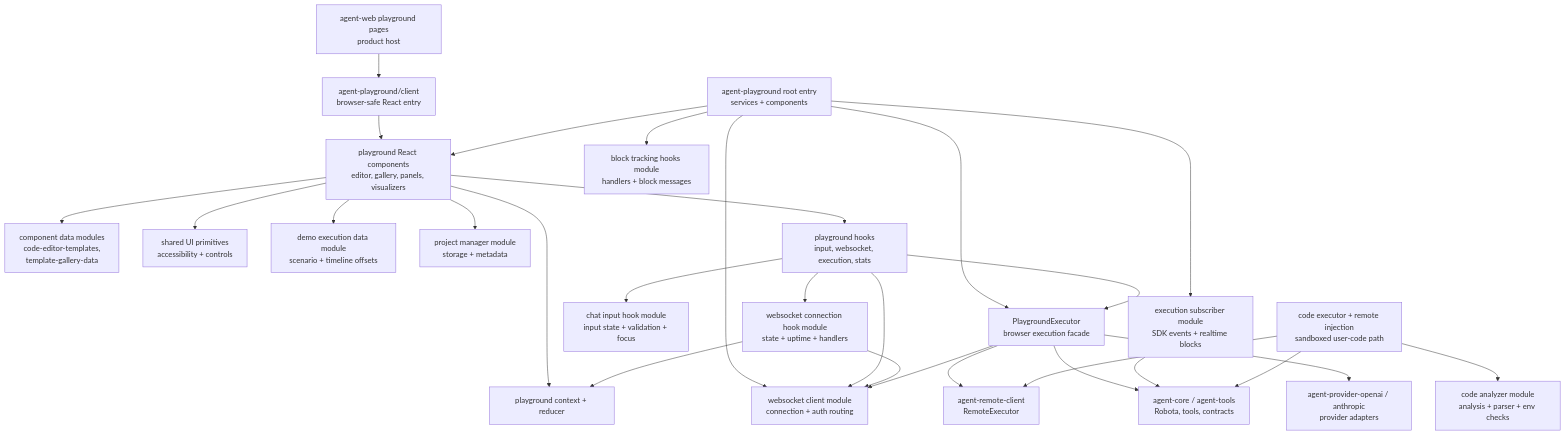
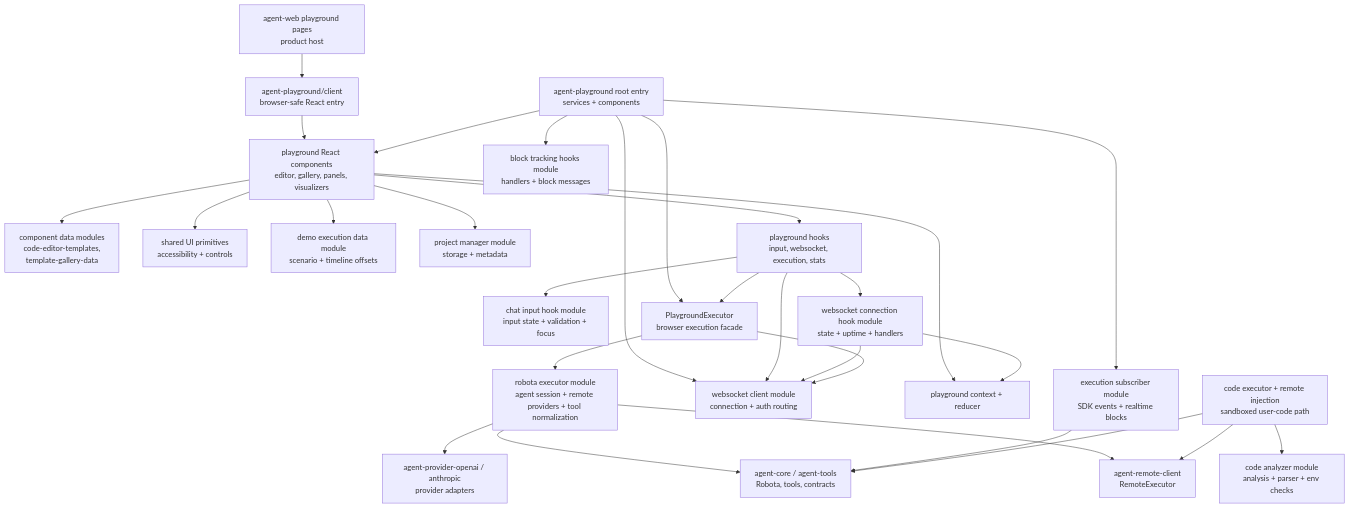
The third of 6 diagrams in .agents/specs/ARCHITECTURE-MAP.md (woojubb/robota), drawn with Mermaid before and after one commit. The commit also changed other lines of this file and 16 other files, not shown here.

First line of the commit message:
refactor(playground): split robota executor module (#260)

````diff
--- a/.agents/specs/ARCHITECTURE-MAP.md
+++ b/.agents/specs/ARCHITECTURE-MAP.md
@@ -121,52 +121,54 @@
 ```mermaid
 flowchart TD
   AgentWeb["agent-web playground pages\nproduct host"]
   ClientEntry["agent-playground/client\nbrowser-safe React entry"]
   RootEntry["agent-playground root entry\nservices + components"]
   Components["playground React components\neditor, gallery, panels, visualizers"]
   ComponentData["component data modules\ncode-editor-templates,\ntemplate-gallery-data"]
   UiPrimitives["shared UI primitives\naccessibility + controls"]
   DemoData["demo execution data module\nscenario + timeline offsets"]
   ProjectManager["project manager module\nstorage + metadata"]
   BlockHooks["block tracking hooks module\nhandlers + block messages"]
   ExecutionSubscriber["execution subscriber module\nSDK events + realtime blocks"]
   WebSocketClient["websocket client module\nconnection + auth routing"]
   ChatInputHook["chat input hook module\ninput state + validation + focus"]
   WebSocketHook["websocket connection hook module\nstate + uptime + handlers"]
   Hooks["playground hooks\ninput, websocket, execution, stats"]
   Context["playground context + reducer"]
   Executor["PlaygroundExecutor\nbrowser execution facade"]
+  ExecutorModule["robota executor module\nagent session + remote providers + tool normalization"]
   RemoteInjection["code executor + remote injection\nsandboxed user-code path"]
   CodeAnalyzer["code analyzer module\nanalysis + parser + env checks"]
   RemoteClient["agent-remote-client\nRemoteExecutor"]
   Core["agent-core / agent-tools\nRobota, tools, contracts"]
   Providers["agent-provider-openai / anthropic\nprovider adapters"]
 
   AgentWeb --> ClientEntry
   ClientEntry --> Components
   RootEntry --> Components
   RootEntry --> Executor
   RootEntry --> BlockHooks
   RootEntry --> ExecutionSubscriber
   RootEntry --> WebSocketClient
   Components --> ComponentData
   Components --> UiPrimitives
   Components --> DemoData
   Components --> ProjectManager
   Components --> Hooks
   Components --> Context
   Hooks --> ChatInputHook
   Hooks --> WebSocketHook
   Hooks --> Executor
   Hooks --> WebSocketClient
   WebSocketHook --> Context
   WebSocketHook --> WebSocketClient
   RemoteInjection --> CodeAnalyzer
   Executor --> WebSocketClient
-  Executor --> RemoteClient
-  Executor --> Core
-  Executor --> Providers
+  Executor --> ExecutorModule
+  ExecutorModule --> RemoteClient
+  ExecutorModule --> Core
+  ExecutorModule --> Providers
   ExecutionSubscriber --> Core
   RemoteInjection --> RemoteClient
   RemoteInjection --> Core
 ```
````
